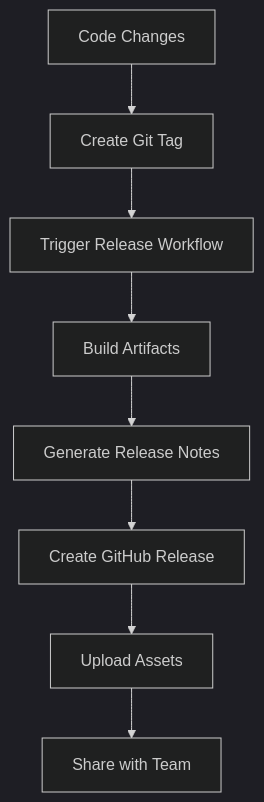
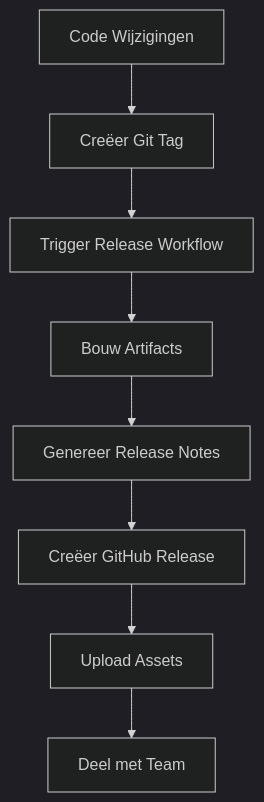
One commit to JonasCruzMartinez/devops-workshop-vitepress changed the diagram in docs/phases/04-release.md. Above: the diagram before and after it, drawn with Mermaid (dark theme). The commit also changed other lines of this file and 25 other files, not shown here.

````diff
--- a/docs/phases/04-release.md
+++ b/docs/phases/04-release.md
@@ -33,10 +33,10 @@
 ```mermaid
 graph TD
-  A[Code Changes] --> B[Create Git Tag]
+  A[Code Wijzigingen] --> B[Creëer Git Tag]
   B --> C[Trigger Release Workflow]
-  C --> D[Build Artifacts]
-  D --> E[Generate Release Notes]
-  E --> F[Create GitHub Release]
+  C --> D[Bouw Artifacts]
+  D --> E[Genereer Release Notes]
+  E --> F[Creëer GitHub Release]
   F --> G[Upload Assets]
-  G --> H[Share with Team]
+  G --> H[Deel met Team]
 ```
````
